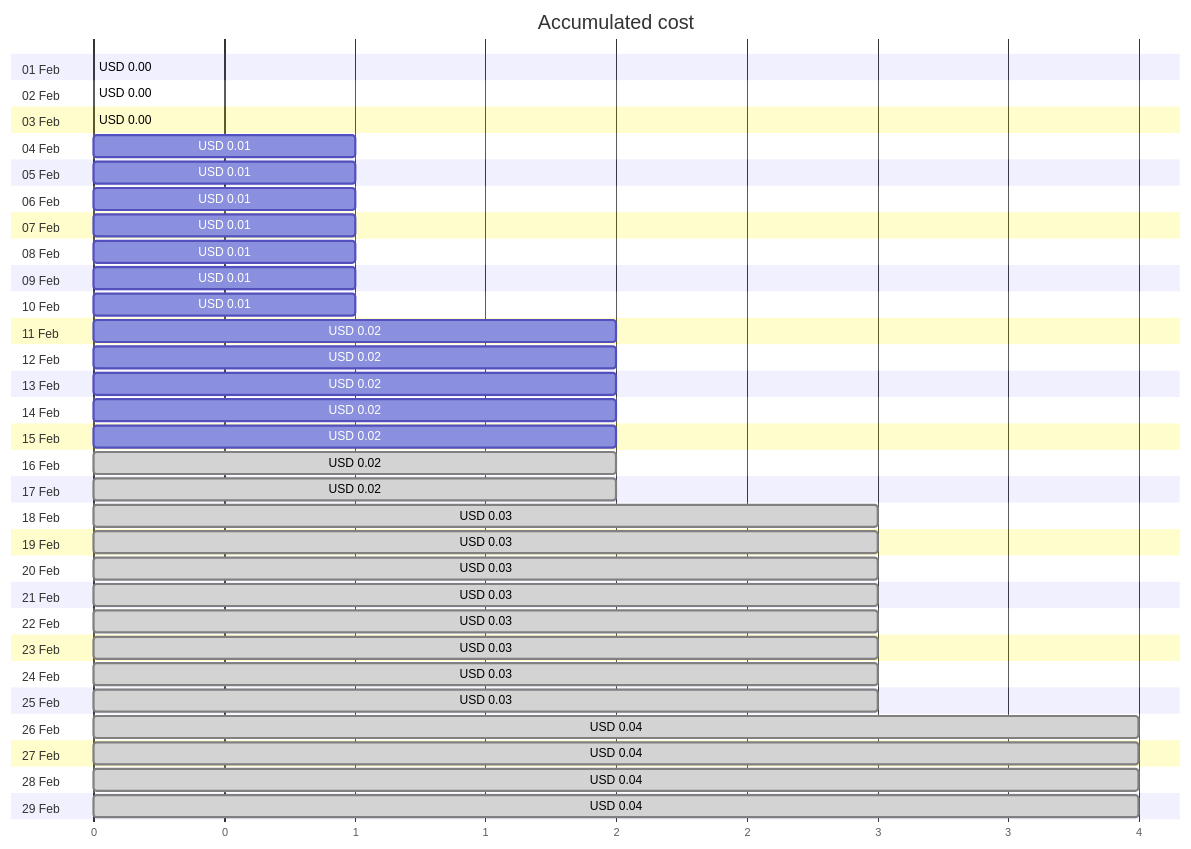
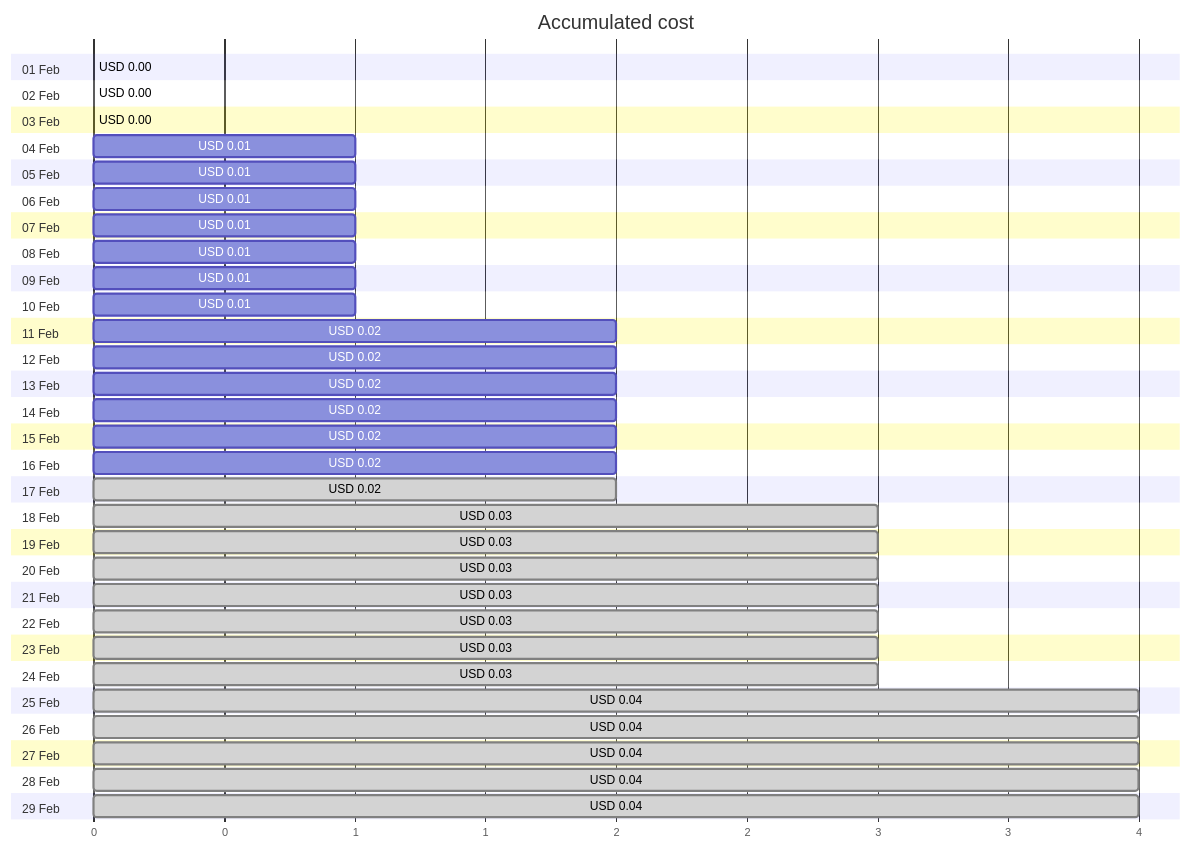
Before and after one commit to jpfulton/azure-personal-reports: the first of 4 diagrams in cost-reports/personal-site/personalsiteapistorage.md, drawn with Mermaid. The commit also changed other lines of this file and 6 other files, not shown here.

````diff
--- a/cost-reports/personal-site/personalsiteapistorage.md
+++ b/cost-reports/personal-site/personalsiteapistorage.md
@@ -20,64 +20,64 @@
 ```mermaid
 gantt
    title Accumulated cost
    dateFormat  X
    axisFormat %s
    section 01 Feb
    USD 0.00 :0, 0
    section 02 Feb
    USD 0.00 :0, 0
    section 03 Feb
    USD 0.00 :0, 0
    section 04 Feb
    USD 0.01 :0, 1
    section 05 Feb
    USD 0.01 :0, 1
    section 06 Feb
    USD 0.01 :0, 1
    section 07 Feb
    USD 0.01 :0, 1
    section 08 Feb
    USD 0.01 :0, 1
    section 09 Feb
    USD 0.01 :0, 1
    section 10 Feb
    USD 0.01 :0, 1
    section 11 Feb
    USD 0.02 :0, 2
    section 12 Feb
    USD 0.02 :0, 2
    section 13 Feb
    USD 0.02 :0, 2
    section 14 Feb
    USD 0.02 :0, 2
    section 15 Feb
    USD 0.02 :0, 2
    section 16 Feb
-   USD 0.02 : done, 0, 2
+   USD 0.02 :0, 2
    section 17 Feb
    USD 0.02 : done, 0, 2
    section 18 Feb
    USD 0.03 : done, 0, 3
    section 19 Feb
    USD 0.03 : done, 0, 3
    section 20 Feb
    USD 0.03 : done, 0, 3
    section 21 Feb
    USD 0.03 : done, 0, 3
    section 22 Feb
    USD 0.03 : done, 0, 3
    section 23 Feb
    USD 0.03 : done, 0, 3
    section 24 Feb
    USD 0.03 : done, 0, 3
    section 25 Feb
-   USD 0.03 : done, 0, 3
+   USD 0.04 : done, 0, 4
    section 26 Feb
    USD 0.04 : done, 0, 4
    section 27 Feb
    USD 0.04 : done, 0, 4
    section 28 Feb
    USD 0.04 : done, 0, 4
    section 29 Feb
    USD 0.04 : done, 0, 4
 ```
````
